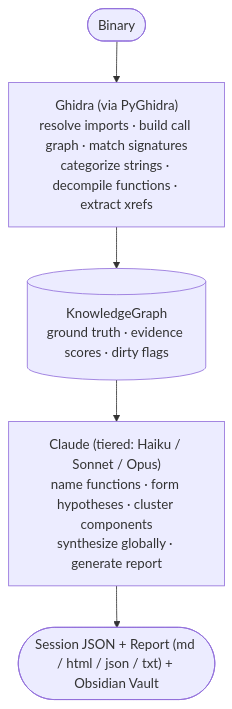
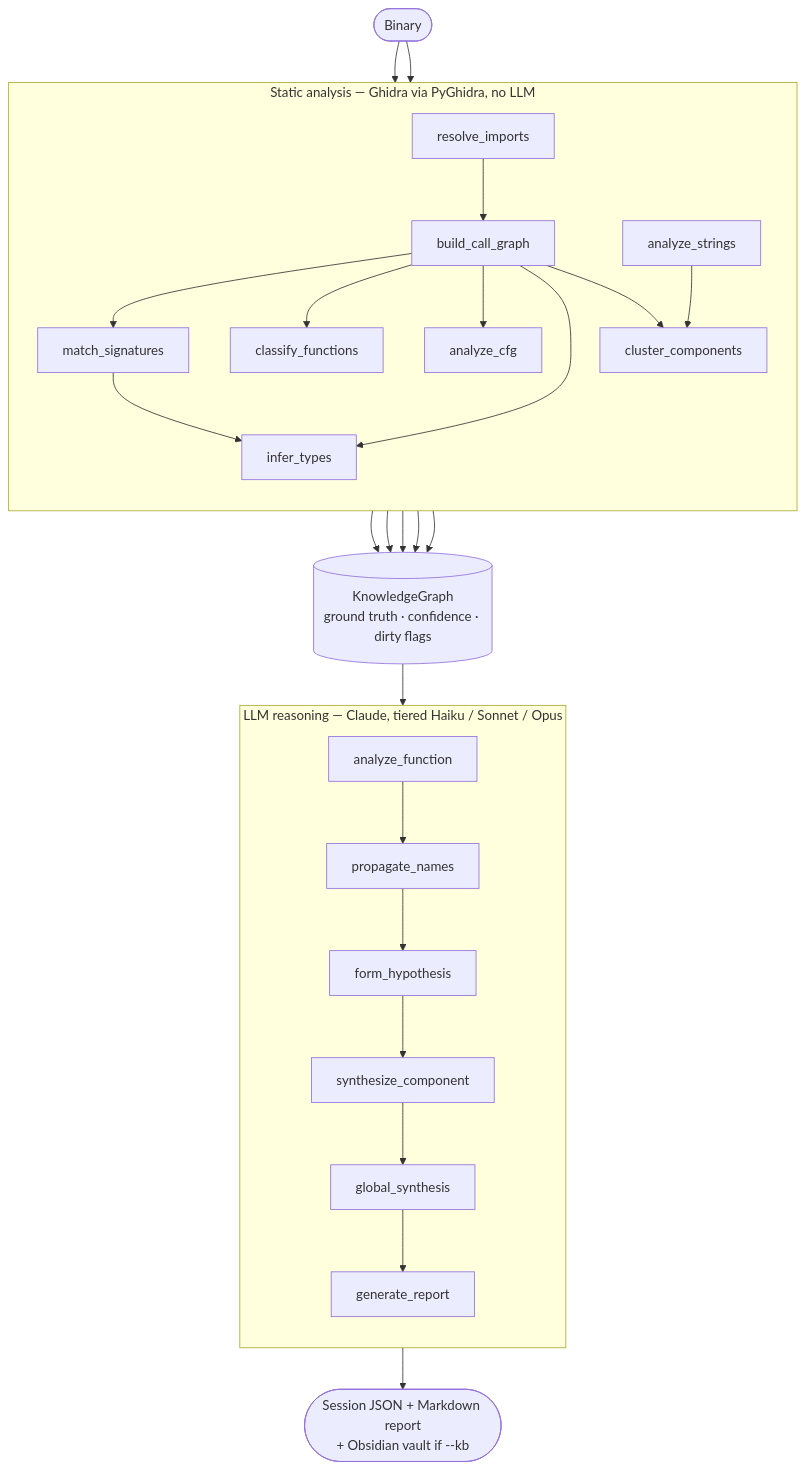
One commit to Kunull/REeve-website changed the diagram in docs/docs/intro.md. Above: the diagram before and after it, drawn with Mermaid. The commit also changed other lines of this file and 1 other file, not shown here.

Commit message:
Center mermaid diagrams, make pipeline diagram detailed and accurate
Add the .docusaurus-mermaid-container centering rule (present in
Writeups' custom.css, missing from the port since no mermaid diagram
existed yet). Replace the generic 4-box pipeline sketch with the real
task DAG for a default "full analysis" goal, read directly out of
GoalPlanner._static_foundation()/_full_analysis_plan() in the actual
REeve source — real task names and real dependency edges, split into
the static (Ghidra, no LLM) and LLM reasoning (Claude) subgraphs.

````diff
--- a/docs/docs/intro.md
+++ b/docs/docs/intro.md
@@ -16,7 +18,36 @@
 ```mermaid
 flowchart TD
-    A(["Binary"]) --> B["Ghidra (via PyGhidra)<br/>resolve imports · build call graph · match signatures<br/>categorize strings · decompile functions · extract xrefs"]
-    B --> C[("KnowledgeGraph<br/>ground truth · evidence scores · dirty flags")]
-    C --> D["Claude (tiered: Haiku / Sonnet / Opus)<br/>name functions · form hypotheses · cluster components<br/>synthesize globally · generate report"]
-    D --> E(["Session JSON + Report (md / html / json / txt) + Obsidian Vault"])
+    Binary(["Binary"]) --> RI[resolve_imports]
+    Binary --> AS[analyze_strings]
+
+    subgraph static["Static analysis — Ghidra via PyGhidra, no LLM"]
+        direction TB
+        RI --> BCG[build_call_graph]
+        BCG --> MS[match_signatures]
+        BCG --> CF[classify_functions]
+        BCG --> ACFG[analyze_cfg]
+        MS --> IT[infer_types]
+        BCG --> IT
+        BCG --> CC[cluster_components]
+        AS --> CC
+    end
+
+    MS --> KG[("KnowledgeGraph<br/>ground truth · confidence · dirty flags")]
+    CF --> KG
+    ACFG --> KG
+    IT --> KG
+    CC --> KG
+
+    KG --> AF[analyze_function]
+
+    subgraph llm["LLM reasoning — Claude, tiered Haiku / Sonnet / Opus"]
+        direction TB
+        AF --> PN[propagate_names]
+        PN --> FH[form_hypothesis]
+        FH --> SC[synthesize_component]
+        SC --> GS[global_synthesis]
+        GS --> GR[generate_report]
+    end
+
+    GR --> Out(["Session JSON + Markdown report<br/>+ Obsidian vault if --kb"])
 ```
````
